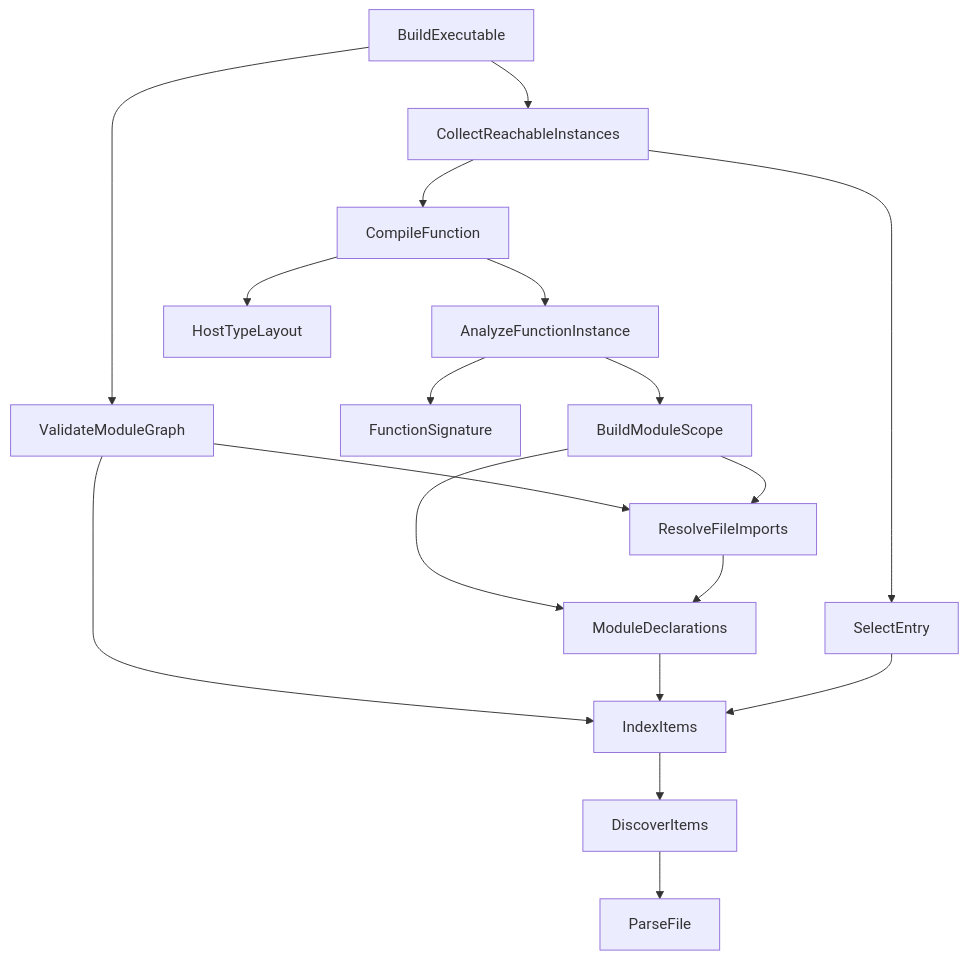
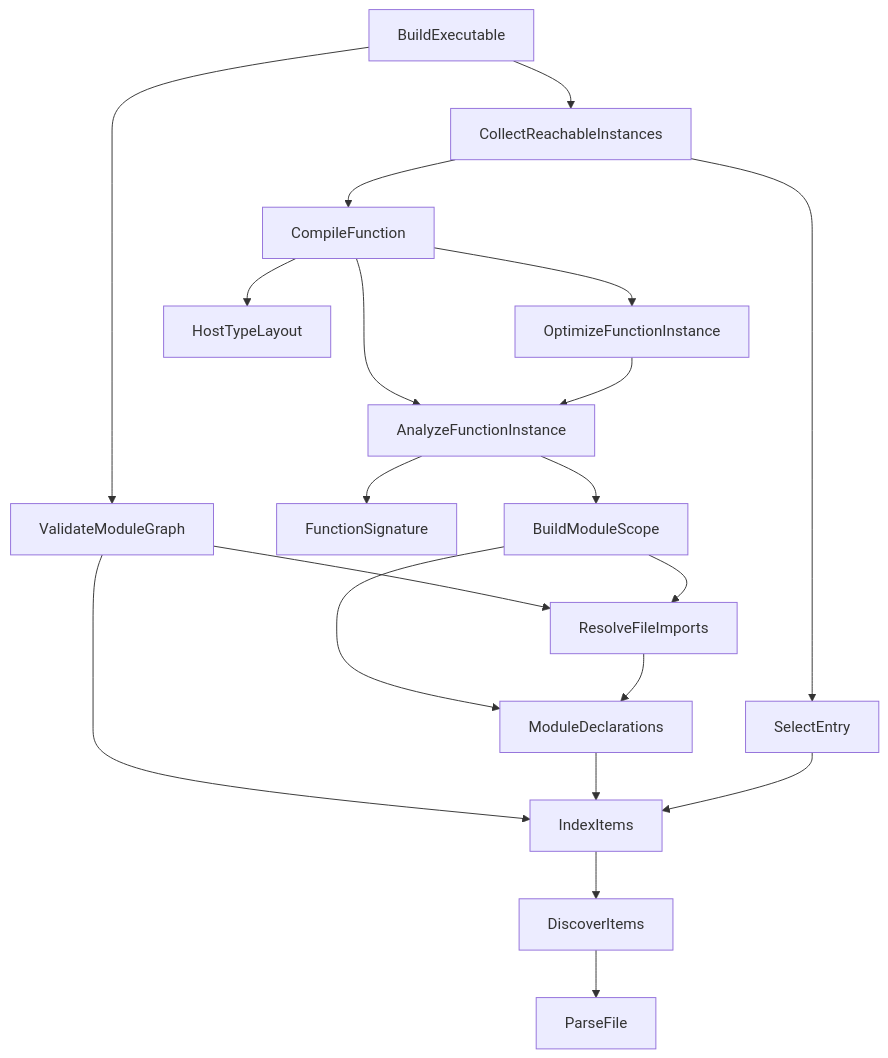
Before and after one commit to Pippepot/chimera-lang: the diagram in PROGRAM_FLOW.md, drawn with Mermaid. The commit also changed other lines of this file and 20 other files, not shown here.

````diff
--- a/PROGRAM_FLOW.md
+++ b/PROGRAM_FLOW.md
@@ -12,20 +12,22 @@
 ```mermaid
 flowchart TD
     BE[BuildExecutable] --> VM[ValidateModuleGraph]
     BE --> CR[CollectReachableInstances]
     CR --> SE[SelectEntry]
     CR --> CF[CompileFunction]
     CF --> AF[AnalyzeFunctionInstance]
+    CF --> OF[OptimizeFunctionInstance]
+    OF --> AF
     AF --> FS[FunctionSignature]
     AF --> SC[BuildModuleScope]
     VM --> FI[ResolveFileImports]
     VM --> IX[IndexItems]
     SC --> FI
     SC --> MD[ModuleDeclarations]
     FI --> MD
     MD --> IX
     SE --> IX[IndexItems]
     IX --> DI[DiscoverItems]
     DI --> PF[ParseFile]
     CF --> HL[HostTypeLayout]
 ```
````
